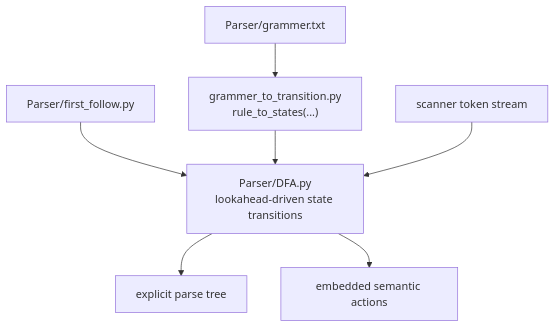
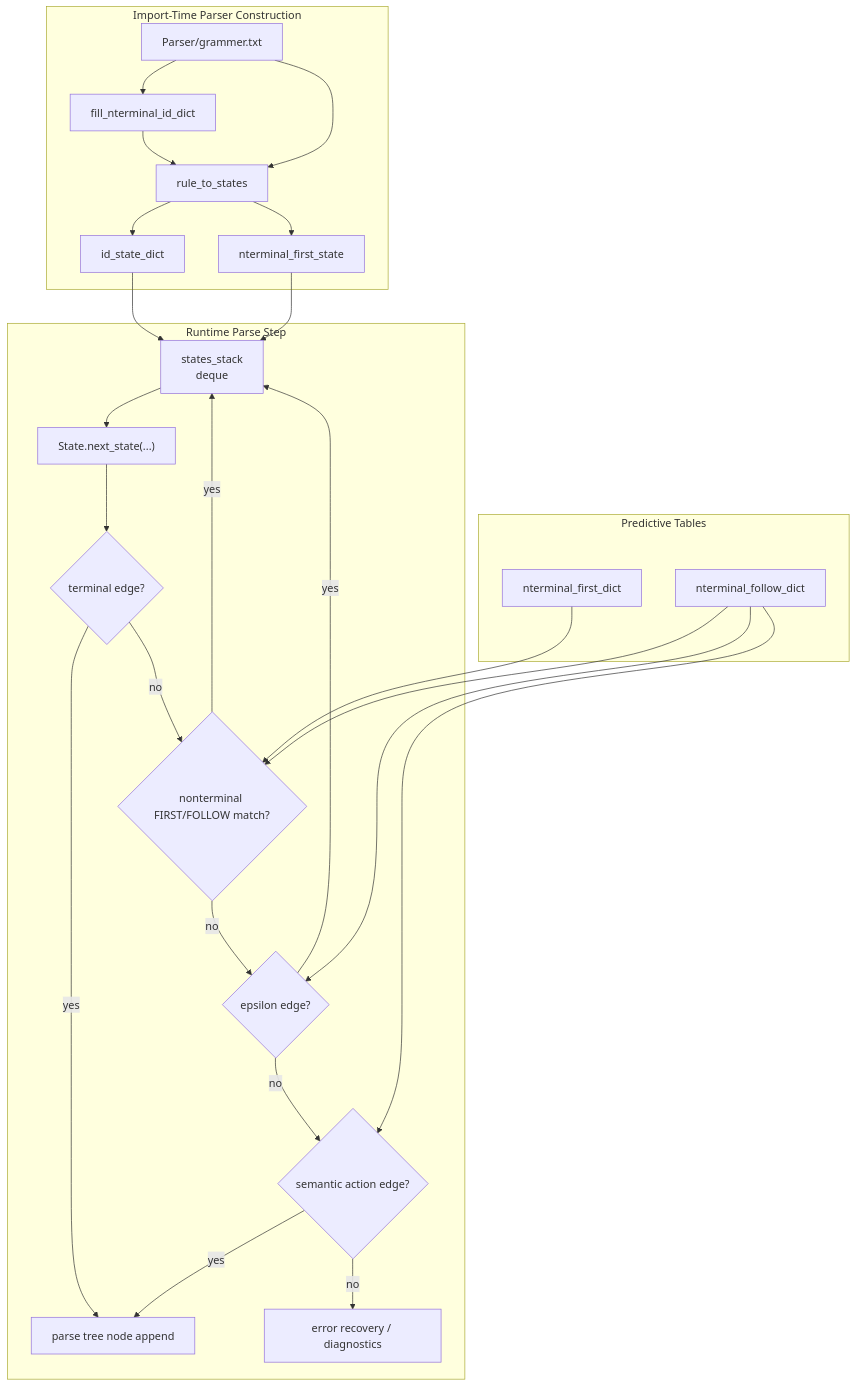
Before and after one commit to 0ALI0ZARGAR0/c-minus-compiler: the diagram in docs/diagrams/parser-construction.mmd, drawn with Mermaid. The commit also changed 5 other files, not shown here.

Commit message:
Refine README mermaid architecture views

```diff
--- a/docs/diagrams/parser-construction.mmd
+++ b/docs/diagrams/parser-construction.mmd
@@ -1,7 +1,46 @@
 flowchart TD
-    G["Parser/grammer.txt"] --> BUILD["grammer_to_transition.py<br/>rule_to_states(...)"]
-    FF["Parser/first_follow.py"] --> STATE["Parser/DFA.py<br/>lookahead-driven state transitions"]
-    BUILD --> STATE
-    TOK["scanner token stream"] --> STATE
-    STATE --> TREE["explicit parse tree"]
-    STATE --> ACT["embedded semantic actions"]
+    subgraph Build["Import-Time Parser Construction"]
+        G["Parser/grammer.txt"]
+        FID["fill_nterminal_id_dict"]
+        RTS["rule_to_states"]
+        IDS["id_state_dict"]
+        NFS["nterminal_first_state"]
+        G --> FID
+        G --> RTS
+        FID --> RTS
+        RTS --> IDS
+        RTS --> NFS
+    end
+
+    subgraph Lookahead["Predictive Tables"]
+        FIRST["nterminal_first_dict"]
+        FOLLOW["nterminal_follow_dict"]
+    end
+
+    subgraph Runtime["Runtime Parse Step"]
+        STK["states_stack<br/>deque"]
+        STEP["State.next_state(...)"]
+        TERM{"terminal edge?"}
+        NTERM{"nonterminal FIRST/FOLLOW match?"}
+        EPS{"epsilon edge?"}
+        ACTSYM{"semantic action edge?"}
+        TREE["parse tree node append"]
+        ERR["error recovery / diagnostics"]
+        STK --> STEP
+        STEP --> TERM
+        TERM -->|yes| TREE
+        TERM -->|no| NTERM
+        NTERM -->|yes| STK
+        NTERM -->|no| EPS
+        EPS -->|yes| STK
+        EPS -->|no| ACTSYM
+        ACTSYM -->|yes| TREE
+        ACTSYM -->|no| ERR
+    end
+
+    IDS --> STK
+    NFS --> STK
+    FIRST --> NTERM
+    FOLLOW --> NTERM
+    FOLLOW --> EPS
+    FOLLOW --> ACTSYM
```
